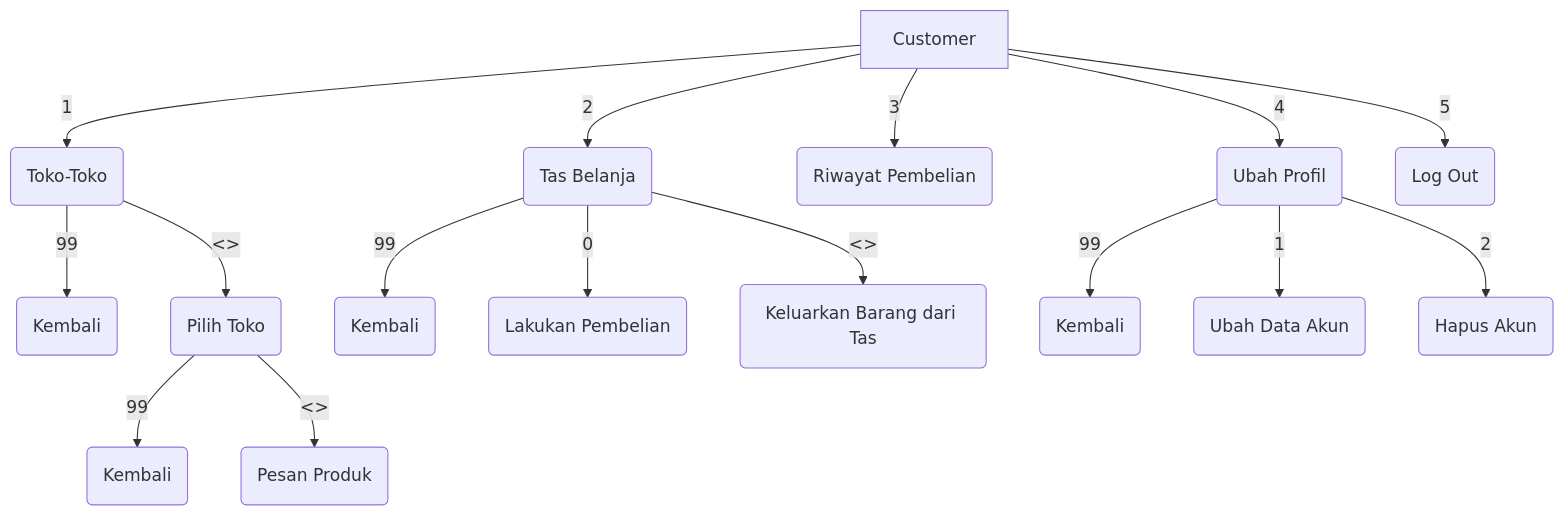
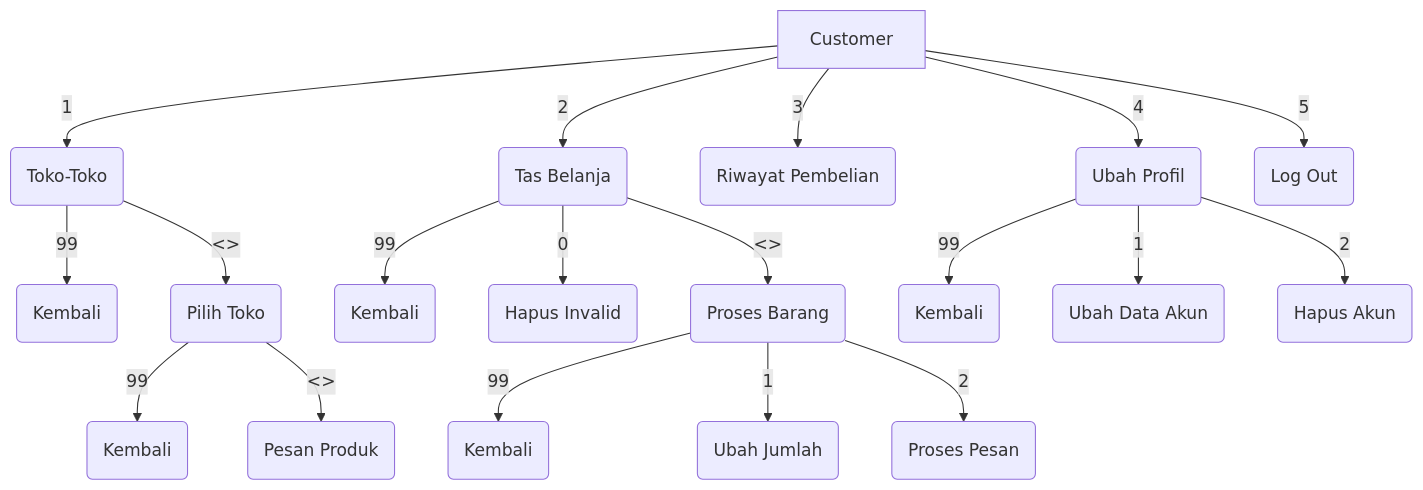
Before and after one commit to Viabelous/ProjekAkhirPBO: the first of 3 diagrams in README.md, drawn with Mermaid. The commit also changed other lines of this file, not shown here.

````diff
--- a/README.md
+++ b/README.md
@@ -32,21 +31,24 @@
 ```mermaid
 graph 
 A[Customer] -- 1 --> B(Toko-Toko)
 B --99 --> BA(Kembali)
 B -- <> --> BB(Pilih Toko)
-BB -- 99 --> BBA(Kembali)
-BB -- <> --> BBB(Pesan Produk)
+	BB -- 99 --> BBA(Kembali)
+	BB -- <> --> BBB(Pesan Produk)
 
 A -- 2 --> C(Tas Belanja)
 C -- 99 --> CA(Kembali)
-C -- 0 --> CB(Lakukan Pembelian)
-C -- <> --> CC(Keluarkan Barang dari Tas)
+C -- 0 --> CB(Hapus Invalid)
+C -- <> --> CC(Proses Barang)
+	CC -- 99 --> CCA(Kembali)
+	CC -- 1 --> CCB(Ubah Jumlah)
+	CC -- 2 --> CCC(Proses Pesan)
 
 A -- 3 --> D(Riwayat Pembelian)
 A -- 4 --> E(Ubah Profil)
 E -- 99 --> EA(Kembali)
 E -- 1 --> EB(Ubah Data Akun)
 E -- 2 --> EC(Hapus Akun)
 
 A -- 5 --> F(Log Out)
 ```
````
